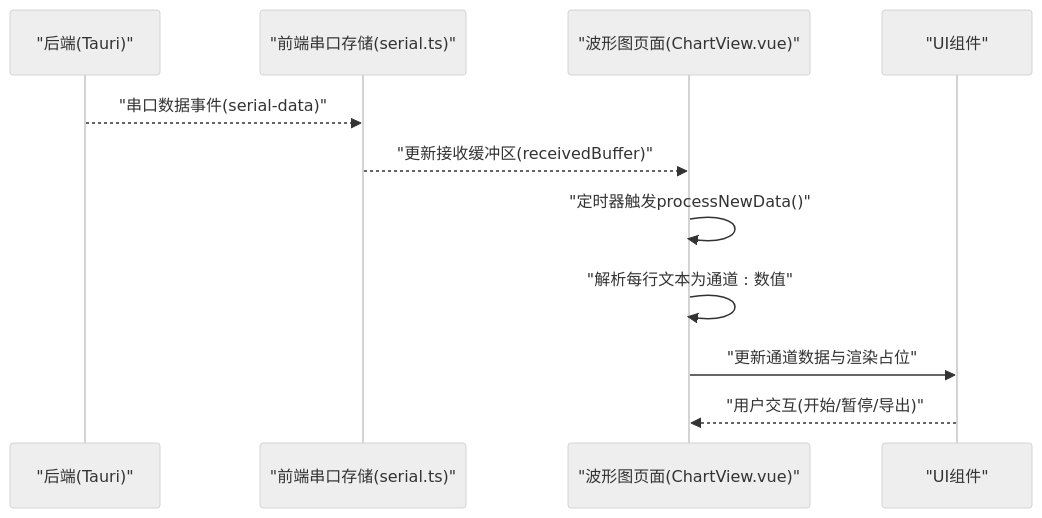
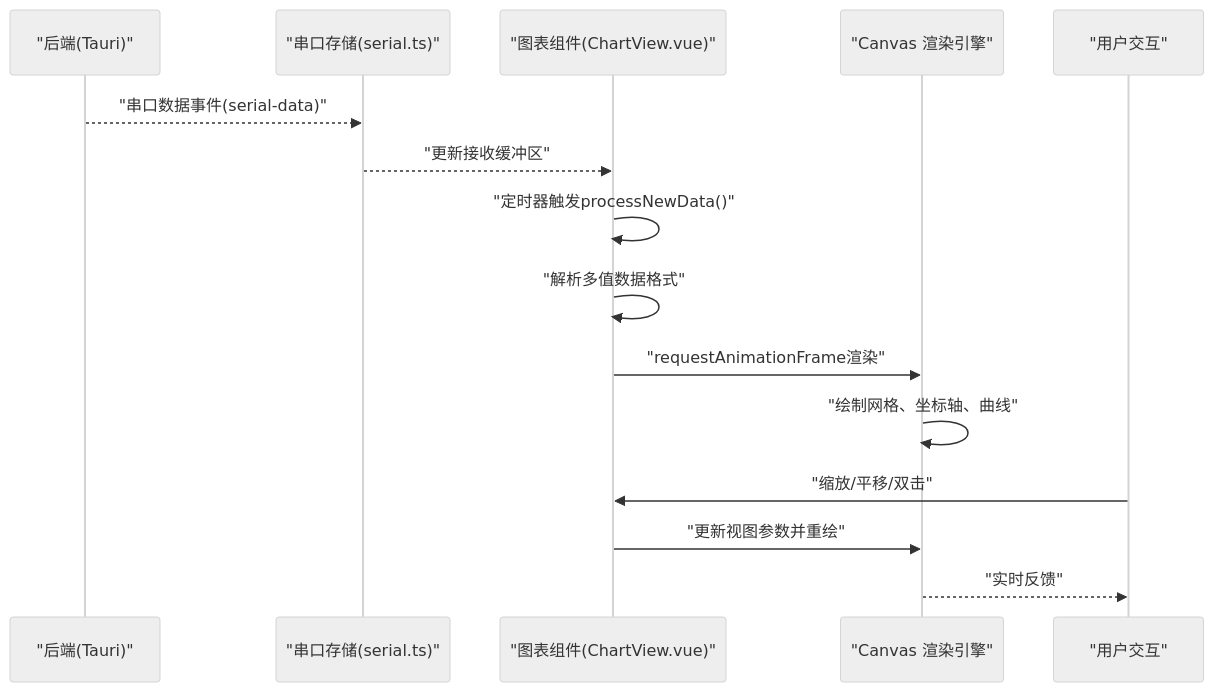
One commit to elabdlut/KonSerial changed the second of 4 diagrams in .qoder/repowiki/zh/content/架构设计/后端架构设计/可视化模块.md. Above: the diagram before and after it, drawn with Mermaid (neutral theme). The commit also changed other lines of this file and 20 other files, not shown here.

````diff
--- a/.qoder/repowiki/zh/content/架构设计/后端架构设计/可视化模块.md
+++ b/.qoder/repowiki/zh/content/架构设计/后端架构设计/可视化模块.md
@@ -122,13 +132,17 @@
 ```mermaid
 sequenceDiagram
 participant Backend as "后端(Tauri)"
-participant Store as "前端串口存储(serial.ts)"
-participant View as "波形图页面(ChartView.vue)"
-participant UI as "UI组件"
+participant Store as "串口存储(serial.ts)"
+participant View as "图表组件(ChartView.vue)"
+participant Canvas as "Canvas 渲染引擎"
+participant User as "用户交互"
 Backend-->>Store : "串口数据事件(serial-data)"
-Store-->>View : "更新接收缓冲区(receivedBuffer)"
+Store-->>View : "更新接收缓冲区"
 View->>View : "定时器触发processNewData()"
-View->>View : "解析每行文本为通道 : 数值"
-View->>UI : "更新通道数据与渲染占位"
-UI-->>View : "用户交互(开始/暂停/导出)"
+View->>View : "解析多值数据格式"
+View->>Canvas : "requestAnimationFrame渲染"
+Canvas->>Canvas : "绘制网格、坐标轴、曲线"
+User->>View : "缩放/平移/双击"
+View->>Canvas : "更新视图参数并重绘"
+Canvas-->>User : "实时反馈"
 ```
````
